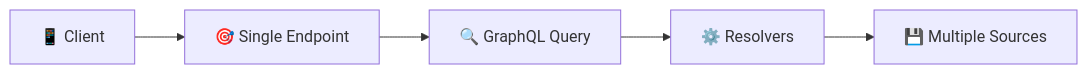
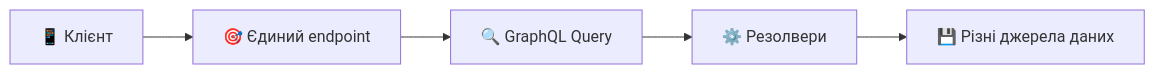
The seventh of 17 diagrams in presentations/presentation-01.md (olroi421/course-web), drawn with Mermaid before and after one commit. The commit also changed other lines of this file and 4 other files, not shown here.

````diff
--- a/presentations/presentation-01.md
+++ b/presentations/presentation-01.md
@@ -249,7 +262,7 @@
 ```mermaid
 graph LR
-    A[📱 Client] --> B[🎯 Single Endpoint]
+    A[📱 Клієнт] --> B[🎯 Єдиний endpoint]
     B --> C[🔍 GraphQL Query]
-    C --> D[⚙️ Resolvers]
-    D --> E[💾 Multiple Sources]
+    C --> D[⚙️ Резолвери]
+    D --> E[💾 Різні джерела даних]
 ```
````
